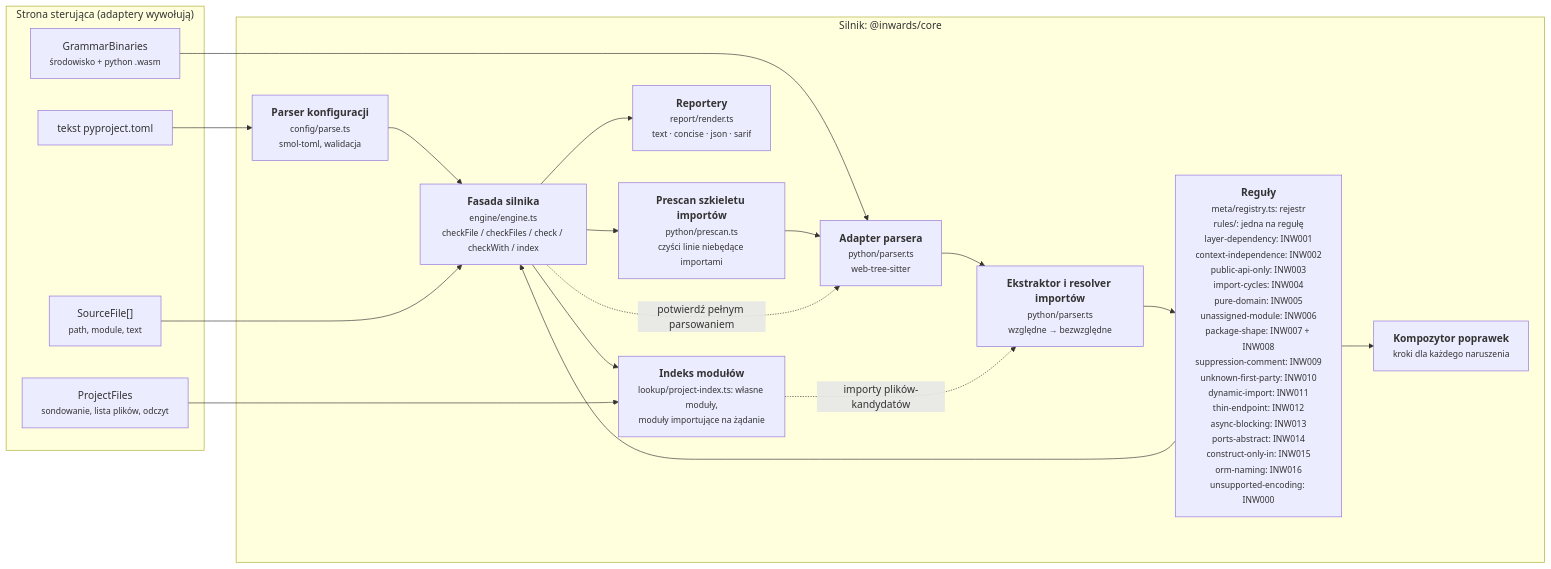
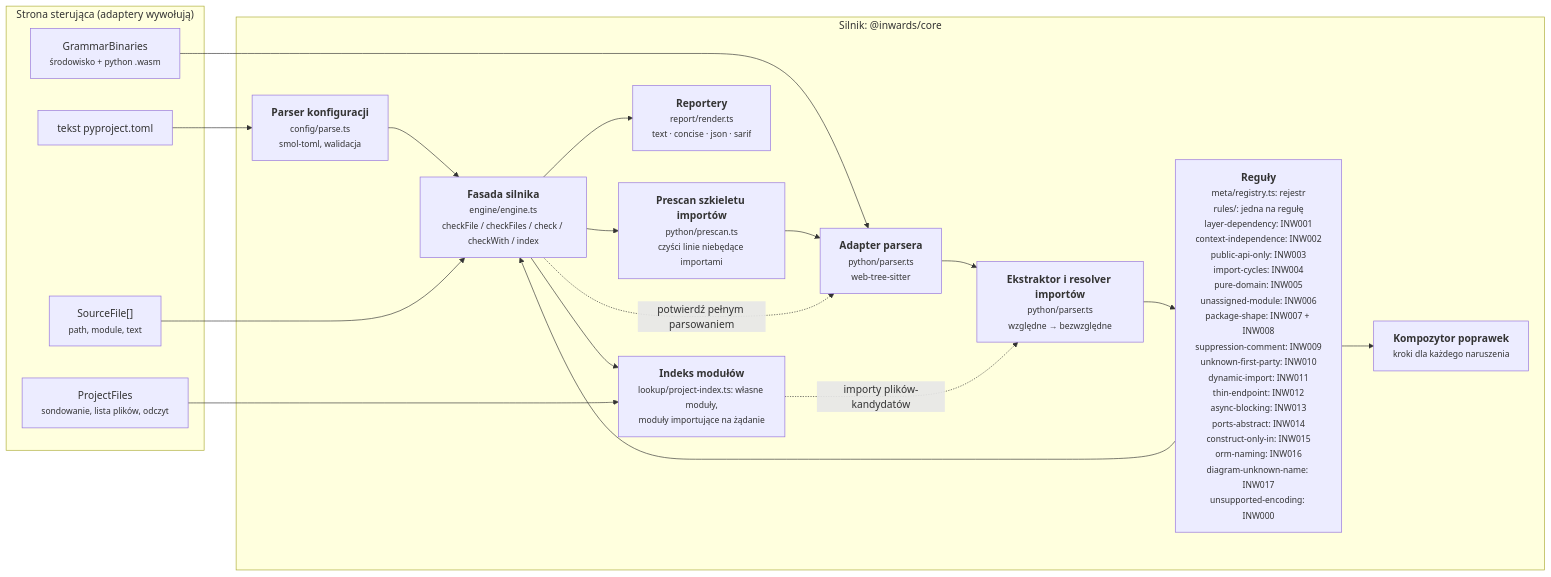
Before and after one commit to SirCypkowskyy/inwards: the third of 6 diagrams in docs/pl/03-Architecture-C4.md, drawn with Mermaid. The commit also changed other lines of this file and 46 other files, not shown here.

First line of the commit message:
feat(rules): add INW017 diagram-unknown-name for marked Mermaid diagrams

````diff
--- a/docs/pl/03-Architecture-C4.md
+++ b/docs/pl/03-Architecture-C4.md
@@ -110,33 +110,33 @@
 ```mermaid
 flowchart LR
     subgraph driving["Strona sterująca (adaptery wywołują)"]
         files["SourceFile[]<br/><small>path, module, text</small>"]
         cfgtext["tekst pyproject.toml"]
         wasm["GrammarBinaries<br/><small>środowisko + python .wasm</small>"]
         pfiles["ProjectFiles<br/><small>sondowanie, lista plików, odczyt</small>"]
     end
 
     subgraph enginebox["Silnik: @inwards/core"]
         config["<b>Parser konfiguracji</b><br/><small>config/parse.ts<br/>smol-toml, walidacja</small>"]
         pre["<b>Prescan szkieletu importów</b><br/><small>python/prescan.ts<br/>czyści linie niebędące importami</small>"]
         parser["<b>Adapter parsera</b><br/><small>python/parser.ts<br/>web-tree-sitter</small>"]
         extract["<b>Ekstraktor i resolver importów</b><br/><small>python/parser.ts<br/>względne → bezwzględne</small>"]
-        rules["<b>Reguły</b><br/><small>meta/registry.ts: rejestr<br/>rules/: jedna na regułę<br/>layer-dependency: INW001<br/>context-independence: INW002<br/>public-api-only: INW003<br/>import-cycles: INW004<br/>pure-domain: INW005<br/>unassigned-module: INW006<br/>package-shape: INW007 + INW008<br/>suppression-comment: INW009<br/>unknown-first-party: INW010<br/>dynamic-import: INW011<br/>thin-endpoint: INW012<br/>async-blocking: INW013<br/>ports-abstract: INW014<br/>construct-only-in: INW015<br/>orm-naming: INW016<br/>unsupported-encoding: INW000</small>"]
+        rules["<b>Reguły</b><br/><small>meta/registry.ts: rejestr<br/>rules/: jedna na regułę<br/>layer-dependency: INW001<br/>context-independence: INW002<br/>public-api-only: INW003<br/>import-cycles: INW004<br/>pure-domain: INW005<br/>unassigned-module: INW006<br/>package-shape: INW007 + INW008<br/>suppression-comment: INW009<br/>unknown-first-party: INW010<br/>dynamic-import: INW011<br/>thin-endpoint: INW012<br/>async-blocking: INW013<br/>ports-abstract: INW014<br/>construct-only-in: INW015<br/>orm-naming: INW016<br/>diagram-unknown-name: INW017<br/>unsupported-encoding: INW000</small>"]
         fix["<b>Kompozytor poprawek</b><br/><small>kroki dla każdego naruszenia</small>"]
         report["<b>Reportery</b><br/><small>report/render.ts<br/>text · concise · json · sarif</small>"]
         engine["<b>Fasada silnika</b><br/><small>engine/engine.ts<br/>checkFile / checkFiles / check / checkWith / index</small>"]
         modgraph["<b>Indeks modułów</b><br/><small>lookup/project-index.ts: własne moduły,<br/>moduły importujące na żądanie</small>"]
     end
 
     cfgtext --> config --> engine
     wasm --> parser
     files --> engine
     engine --> pre --> parser --> extract --> rules
     rules --> fix
     rules --> engine
     engine -. "potwierdź pełnym parsowaniem" .-> parser
     engine --> modgraph
     pfiles --> modgraph
     modgraph -. "importy plików-kandydatów" .-> extract
     engine --> report
 ```
````
